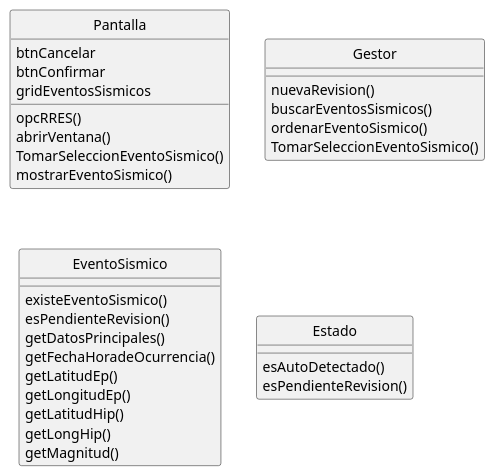
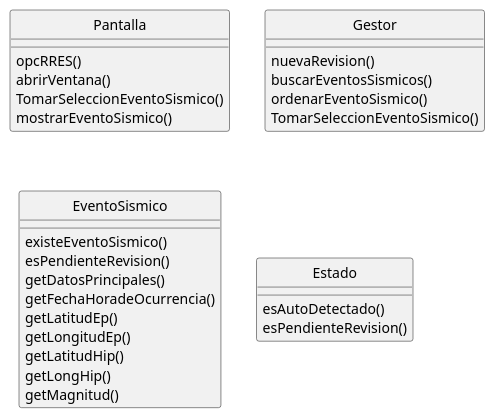
The diagram in DiagramaClases.puml (milipereyra/prueba1dsw), drawn with PlantUML before and after one commit.

Commit message:
diagrama de clases inicial

```diff
--- a/DiagramaClases.puml
+++ b/DiagramaClases.puml
@@ -1,39 +1,36 @@
 @startuml DiagramaClases
 hide circle
 
 Class Pantalla{
-    btnCancelar
-    btnConfirmar
-    gridEventosSismicos
     opcRRES()
     abrirVentana()
     TomarSeleccionEventoSismico()
     mostrarEventoSismico()
 }
 
 Class Gestor{
     nuevaRevision()
     buscarEventosSismicos()
     ordenarEventoSismico()
     TomarSeleccionEventoSismico()
 }
 
 Class EventoSismico{
     existeEventoSismico()
     esPendienteRevision()
     getDatosPrincipales()
     getFechaHoradeOcurrencia()
     getLatitudEp()
     getLongitudEp()
     getLatitudHip()
     getLongHip()
     getMagnitud()
 }
 
 Class Estado{
     esAutoDetectado()
     esPendienteRevision()
 }
 
 
 @enduml
```
